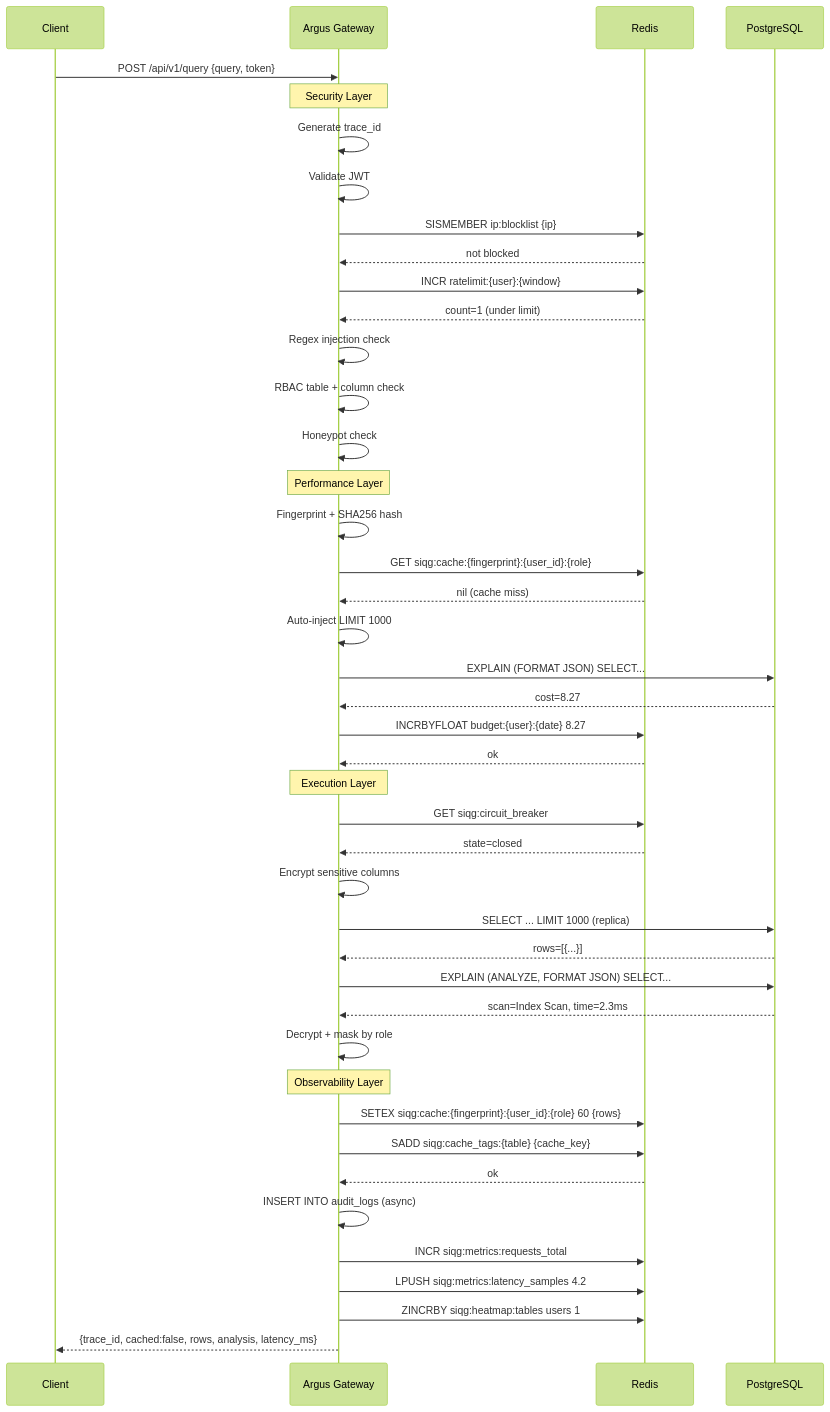
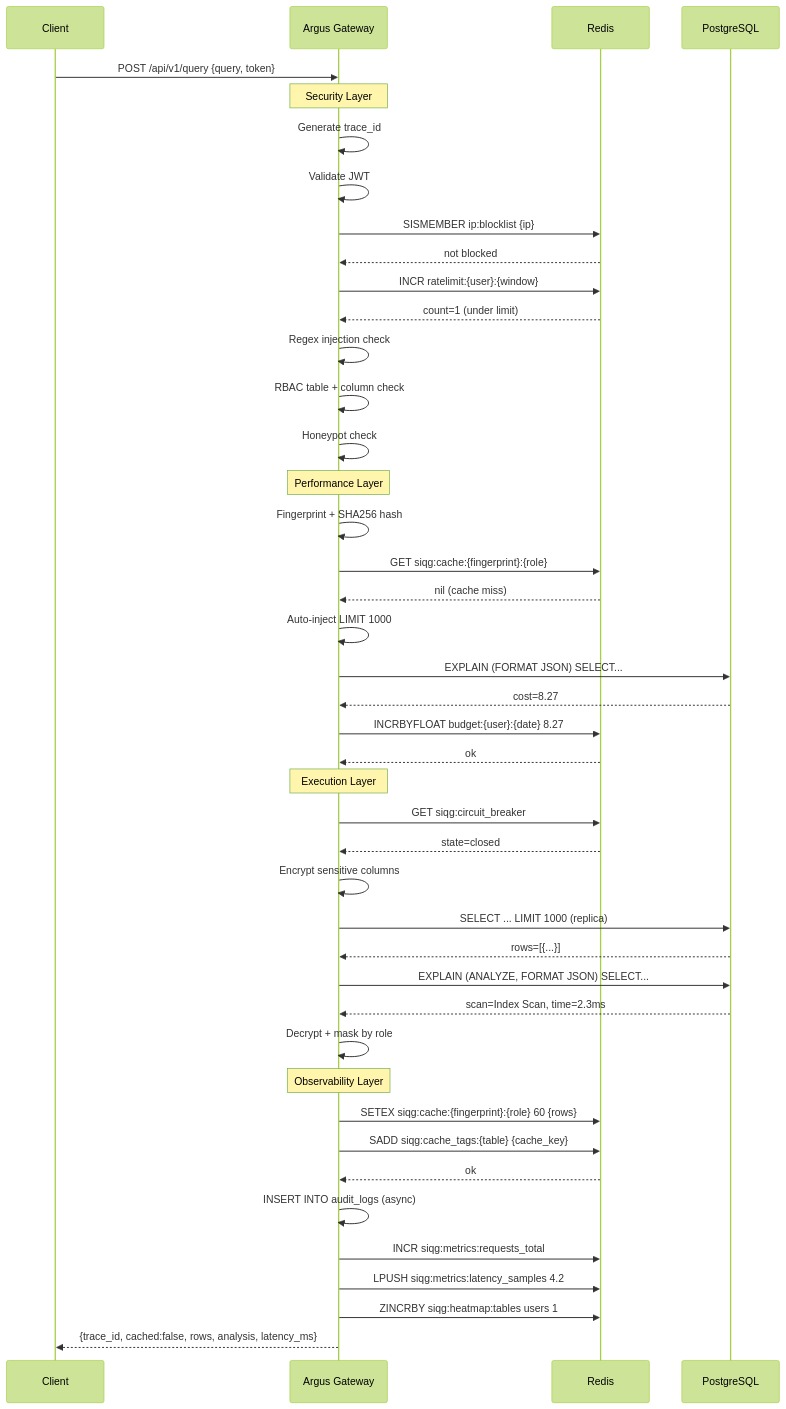
One commit to mmaroof487/SIQG changed the diagram in docs/diagram/querysequence.md. Above: the diagram before and after it, drawn with Mermaid (forest theme). The commit also changed 41 other files, not shown here.

````diff
--- a/docs/diagram/querysequence.md
+++ b/docs/diagram/querysequence.md
@@ -1,51 +1,51 @@
 ```mermaid
 sequenceDiagram
     participant C as Client
     participant G as Argus Gateway
     participant R as Redis
     participant PG as PostgreSQL
 
     C->>G: POST /api/v1/query {query, token}
 
     Note over G: Security Layer
     G->>G: Generate trace_id
     G->>G: Validate JWT
     G->>R: SISMEMBER ip:blocklist {ip}
     R-->>G: not blocked
     G->>R: INCR ratelimit:{user}:{window}
     R-->>G: count=1 (under limit)
     G->>G: Regex injection check
     G->>G: RBAC table + column check
     G->>G: Honeypot check
 
     Note over G: Performance Layer
     G->>G: Fingerprint + SHA256 hash
-    G->>R: GET siqg:cache:{fingerprint}:{user_id}:{role}
+    G->>R: GET siqg:cache:{fingerprint}:{role}
     R-->>G: nil (cache miss)
     G->>G: Auto-inject LIMIT 1000
     G->>PG: EXPLAIN (FORMAT JSON) SELECT...
     PG-->>G: cost=8.27
     G->>R: INCRBYFLOAT budget:{user}:{date} 8.27
     R-->>G: ok
 
     Note over G: Execution Layer
     G->>R: GET siqg:circuit_breaker
     R-->>G: state=closed
     G->>G: Encrypt sensitive columns
     G->>PG: SELECT ... LIMIT 1000 (replica)
     PG-->>G: rows=[{...}]
     G->>PG: EXPLAIN (ANALYZE, FORMAT JSON) SELECT...
     PG-->>G: scan=Index Scan, time=2.3ms
     G->>G: Decrypt + mask by role
 
     Note over G: Observability Layer
-    G->>R: SETEX siqg:cache:{fingerprint}:{user_id}:{role} 60 {rows}
+    G->>R: SETEX siqg:cache:{fingerprint}:{role} 60 {rows}
     G->>R: SADD siqg:cache_tags:{table} {cache_key}
     R-->>G: ok
     G->>G: INSERT INTO audit_logs (async)
     G->>R: INCR siqg:metrics:requests_total
     G->>R: LPUSH siqg:metrics:latency_samples 4.2
     G->>R: ZINCRBY siqg:heatmap:tables users 1
 
     G-->>C: {trace_id, cached:false, rows, analysis, latency_ms}
 ```
````
